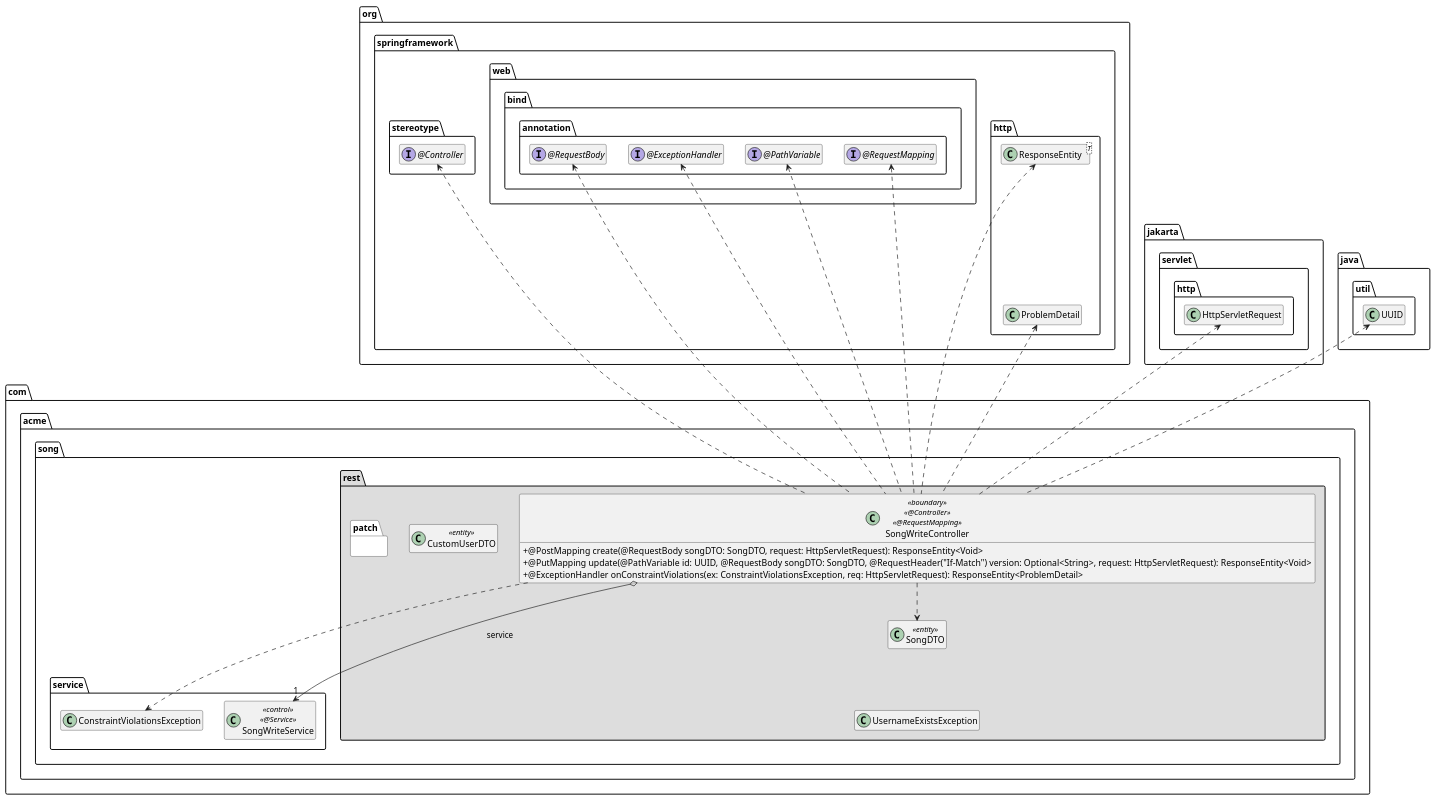
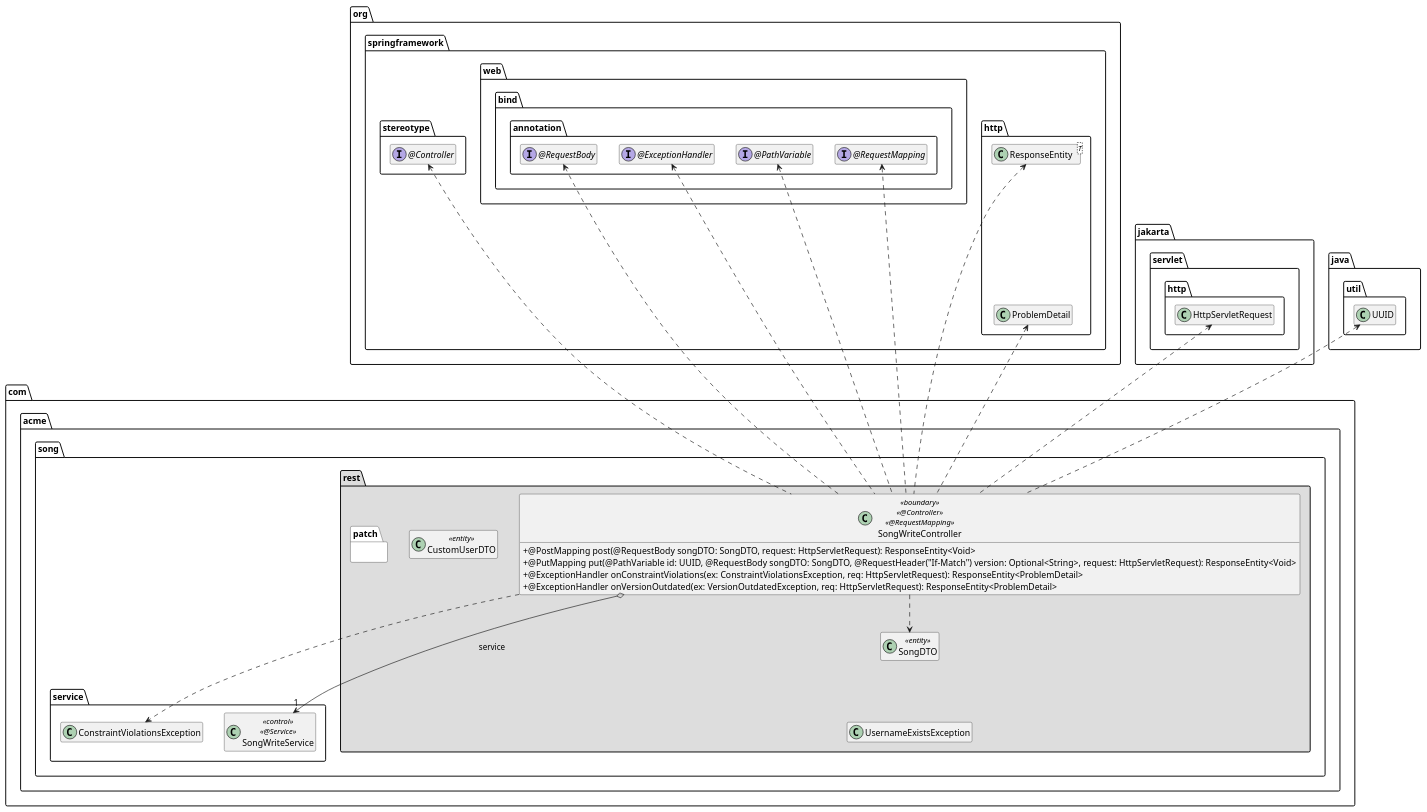
One commit to AntoninFa/Practise changed the diagram in SWA/song-v1/song/extras/doc/SongWriteController.plantuml. Above: the diagram before and after it, drawn with PlantUML. The commit also changed 329 other files, not shown here.

```diff
--- a/SWA/song-v1/song/extras/doc/SongWriteController.plantuml
+++ b/SWA/song-v1/song/extras/doc/SongWriteController.plantuml
@@ -1,62 +1,65 @@
 @startuml SongHandler
 skinparam classAttributeIconSize 0
 package jakarta.servlet.http {
     class HttpServletRequest
 }
 package org.springframework {
     package stereotype {
         interface "@Controller" as Controller
     }
     package web.bind.annotation {
         interface "@RequestMapping" as RequestMapping
         interface "@PathVariable" as PathVariable
         interface "@RequestBody" as RequestBody
         interface "@ExceptionHandler" as ExceptionHandler
         RequestBody .left[hidden].> Controller
         ExceptionHandler .left[hidden].> Controller
     }
     package http {
         class ResponseEntity<T>
         class ProblemDetail
         ResponseEntity .[hidden].> ProblemDetail
         ResponseEntity .left[hidden].> Controller
     }
 }
 package java.util {
     class UUID
 }
 package com.acme.song {
     package service {
         class SongWriteService << control >> << @Service >>
         class ConstraintViolationsException
     }
     package rest #DDDDDD {
         package patch #FFFFFF {
         }
         class SongDTO <<entity>>
         class CustomUserDTO <<entity>>
         class SongDTO <<entity>>
         SongDTO .[hidden].> UUID
         SongDTO .[hidden].> SongWriteService
         class SongWriteController << boundary >> << @Controller >> << @RequestMapping >> {
-            + @PostMapping create(@RequestBody songDTO: SongDTO, request: HttpServletRequest): ResponseEntity<Void>
-            + @PutMapping update(@PathVariable id: UUID, @RequestBody songDTO: SongDTO, @RequestHeader("If-Match") version: Optional<String>, request: HttpServletRequest): ResponseEntity<Void>
+            + @PostMapping post(@RequestBody songDTO: SongDTO, request: HttpServletRequest): ResponseEntity<Void>
+            + @PutMapping put(@PathVariable id: UUID, @RequestBody songDTO: SongDTO, @RequestHeader("If-Match") version: Optional<String>, request: HttpServletRequest): ResponseEntity<Void>
             + @ExceptionHandler onConstraintViolations(ex: ConstraintViolationsException, req: HttpServletRequest): ResponseEntity<ProblemDetail>
+            + @ExceptionHandler onVersionOutdated(ex: VersionOutdatedException, req: HttpServletRequest): ResponseEntity<ProblemDetail>
+
+
         }
         SongWriteController o-right-> "1" SongWriteService : service
         SongWriteController ..> SongDTO
         SongWriteController .up.> UUID
         SongWriteController ..> ConstraintViolationsException
         SongWriteController .up.> HttpServletRequest
         SongWriteController .up.> ResponseEntity
         SongWriteController .up.> ProblemDetail
         SongWriteController .up.> Controller
         SongWriteController .up.> RequestMapping
         SongWriteController .up.> PathVariable
         SongWriteController .up.> RequestBody
         SongWriteController .up.> ExceptionHandler
         SongDTO .[hidden].> UsernameExistsException
     }
 }
 hide empty members
 @enduml
```
